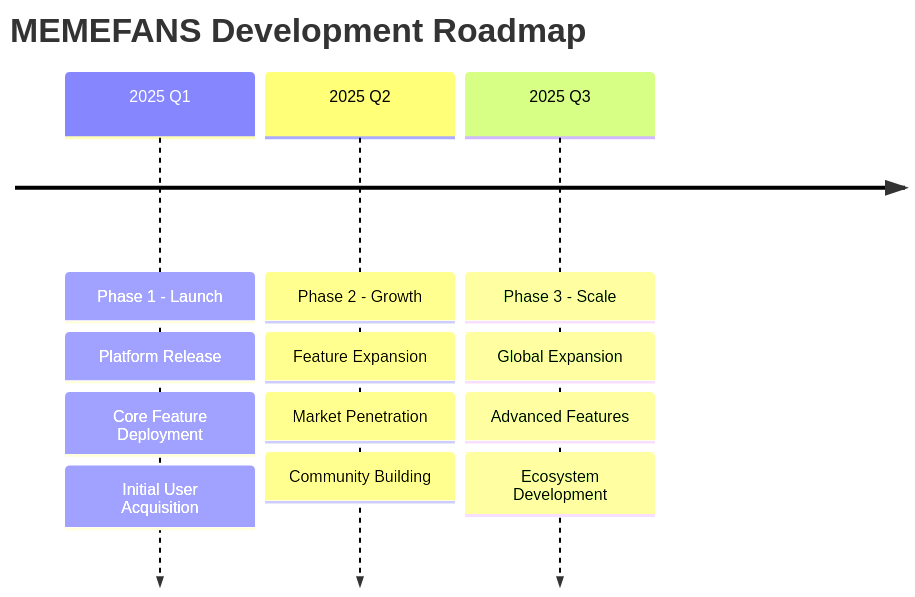
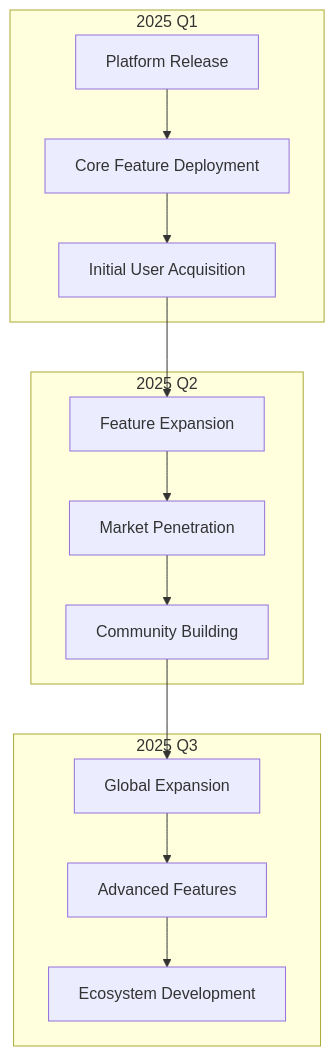
The first of 2 diagrams in docs/whitepaper/roadmap.md (MEMEFANS/memefans), drawn with Mermaid before and after one commit.

Commit message:
docs: use basic flowchart for roadmap timeline

````diff
--- a/docs/whitepaper/roadmap.md
+++ b/docs/whitepaper/roadmap.md
@@ -5,16 +5,26 @@
 ```mermaid
-timeline
-    title MEMEFANS Development Roadmap
-    2025 Q1 : Phase 1 - Launch
-            : Platform Release
-            : Core Feature Deployment
-            : Initial User Acquisition
-    2025 Q2 : Phase 2 - Growth
-            : Feature Expansion
-            : Market Penetration
-            : Community Building
-    2025 Q3 : Phase 3 - Scale
-            : Global Expansion
-            : Advanced Features
-            : Ecosystem Development
+graph TD
+    subgraph 2025 Q1
+    A1[Platform Release]
+    A2[Core Feature Deployment]
+    A3[Initial User Acquisition]
+    A1 --> A2 --> A3
+    end
+    
+    subgraph 2025 Q2
+    B1[Feature Expansion]
+    B2[Market Penetration]
+    B3[Community Building]
+    B1 --> B2 --> B3
+    end
+    
+    subgraph 2025 Q3
+    C1[Global Expansion]
+    C2[Advanced Features]
+    C3[Ecosystem Development]
+    C1 --> C2 --> C3
+    end
+    
+    A3 --> B1
+    B3 --> C1
 ```
````
